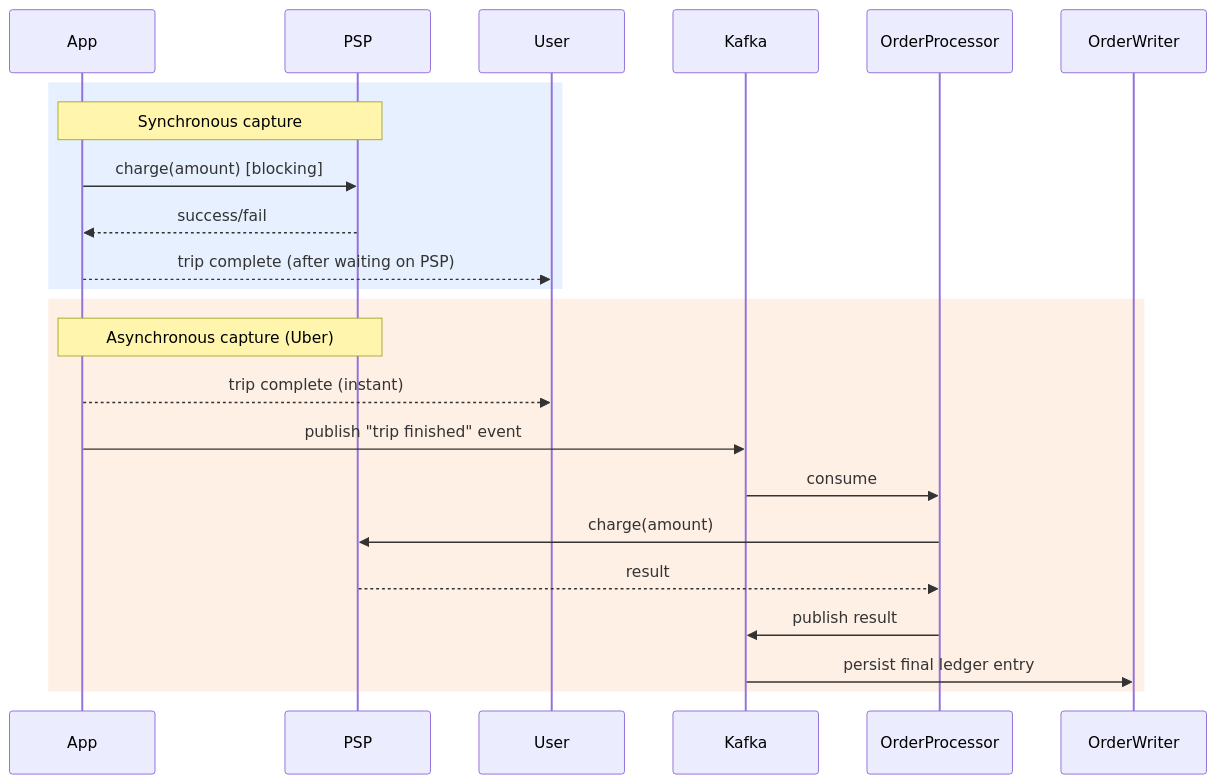
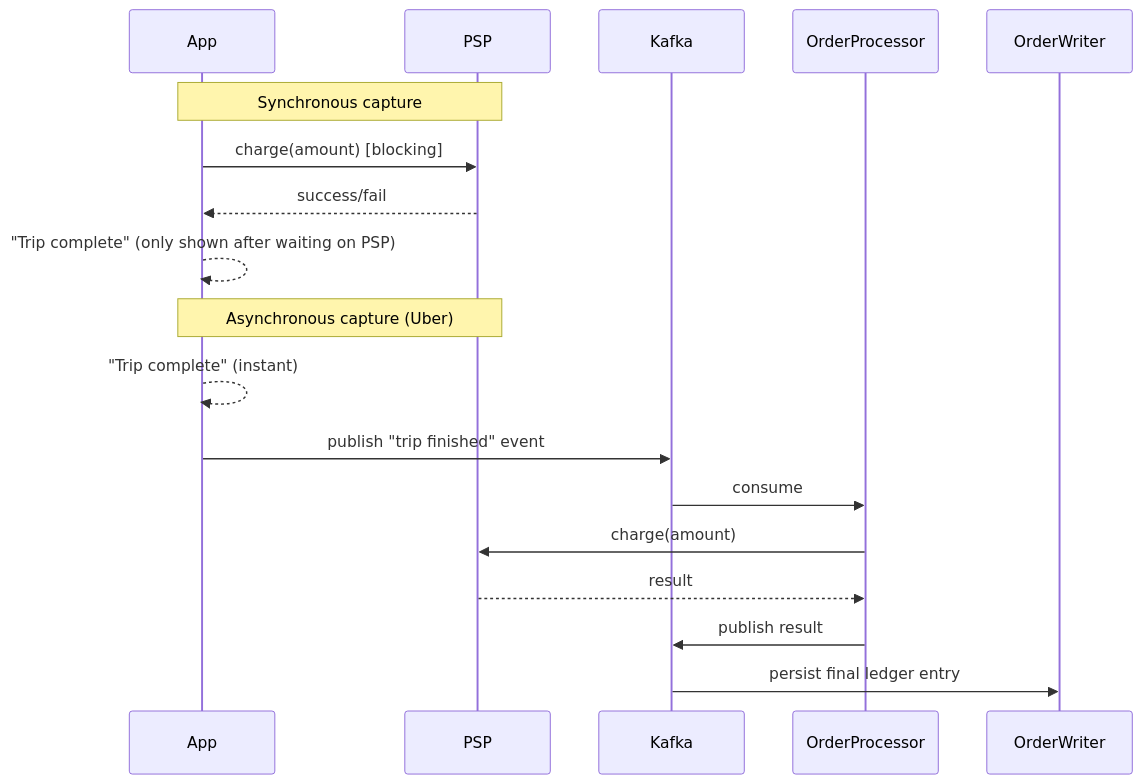
Before and after one commit to riyaz-pasha/Learnings: diagram 18 of 25 in system-design/HLD/0-course/30-Design Uber-FAANG-Guide.md, drawn with Mermaid. The commit also changed other lines of this file and 1 other file, not shown here.

First line of the commit message:
[REWRITE] Design Uber guides: simplify prose, add structure, fix dark-theme diagrams

````diff
--- a/system-design/HLD/0-course/30-Design Uber-FAANG-Guide.md
+++ b/system-design/HLD/0-course/30-Design Uber-FAANG-Guide.md
@@ -824,19 +908,16 @@
 ```mermaid
 sequenceDiagram
-    rect rgb(230,240,255)
     Note over App,PSP: Synchronous capture
     App->>PSP: charge(amount) [blocking]
     PSP-->>App: success/fail
-    App-->>User: trip complete (after waiting on PSP)
-    end
-    rect rgb(255,240,230)
+    App-->>App: "Trip complete" (only shown after waiting on PSP)
+
     Note over App,PSP: Asynchronous capture (Uber)
-    App-->>User: trip complete (instant)
+    App-->>App: "Trip complete" (instant)
     App->>Kafka: publish "trip finished" event
     Kafka->>OrderProcessor: consume
     OrderProcessor->>PSP: charge(amount)
     PSP-->>OrderProcessor: result
     OrderProcessor->>Kafka: publish result
     Kafka->>OrderWriter: persist final ledger entry
-    end
 ```
````
